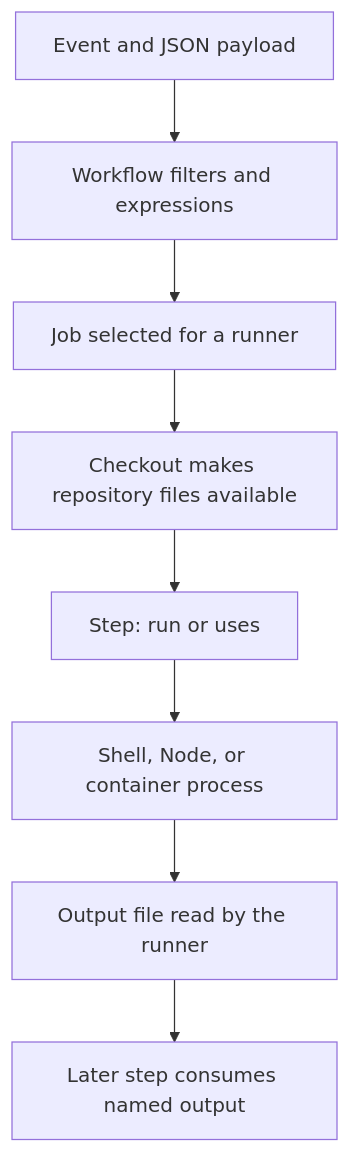
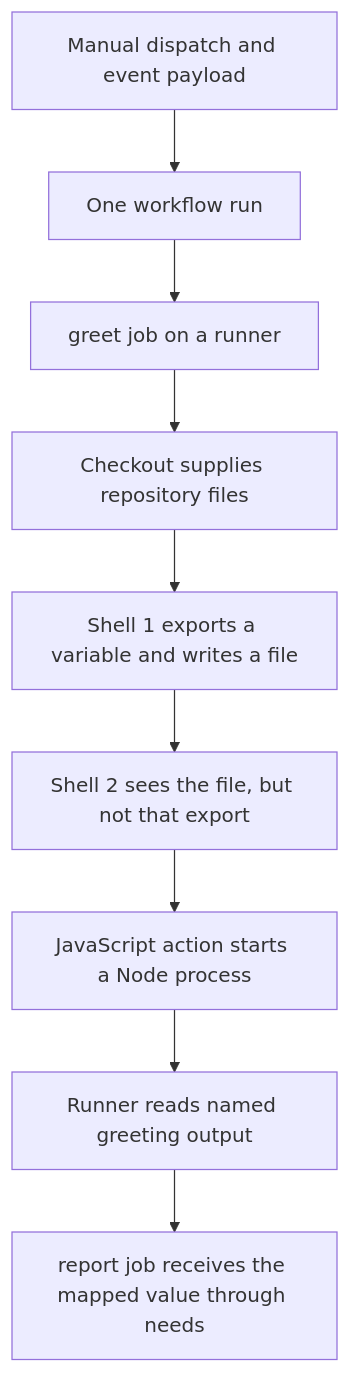
The diagram in docs/lessons/0001-execution-model.md (Rohit1024/actions-learn), drawn with Mermaid before and after one commit. The commit also changed other lines of this file and 228 other files, not shown here.

````diff
--- a/docs/lessons/0001-execution-model.md
+++ b/docs/lessons/0001-execution-model.md
@@ -33,10 +36,11 @@
 ```mermaid
 flowchart TD
-    Event["Event and JSON payload"] --> Workflow["Workflow filters and expressions"]
-    Workflow --> Job["Job selected for a runner"]
-    Job --> Checkout["Checkout makes repository files available"]
-    Checkout --> Step["Step: run or uses"]
-    Step --> Process["Shell, Node, or container process"]
-    Process --> Output["Output file read by the runner"]
-    Output --> Next["Later step consumes named output"]
+    Event["Manual dispatch and event payload"] --> Run["One workflow run"]
+    Run --> Job["greet job on a runner"]
+    Job --> Checkout["Checkout supplies repository files"]
+    Checkout --> First["Shell 1 exports a variable and writes a file"]
+    First --> Second["Shell 2 sees the file, but not that export"]
+    Second --> Action["JavaScript action starts a Node process"]
+    Action --> Output["Runner reads named greeting output"]
+    Output --> Report["report job receives the mapped value through needs"]
 ```
````
